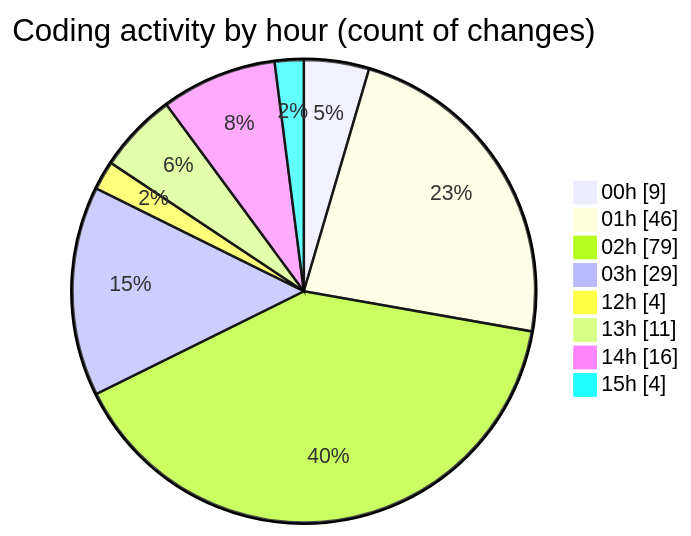
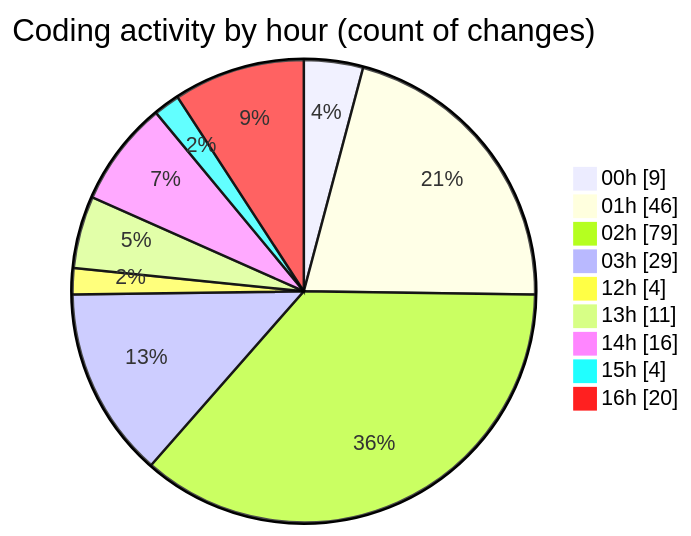
Before and after one commit to julien-gomy/code-tracking: the second of 2 diagrams in 2025-11-18/eventscop-frontend-guide__workspace_/README.md, drawn with Mermaid. The commit also changed other lines of this file and 1 other file, not shown here.

````diff
--- a/2025-11-18/eventscop-frontend-guide__workspace_/README.md
+++ b/2025-11-18/eventscop-frontend-guide__workspace_/README.md
@@ -77,12 +78,13 @@
 ```mermaid
 pie showData
 title Coding activity by hour (count of changes)
 "00h" : 9
 "01h" : 46
 "02h" : 79
 "03h" : 29
 "12h" : 4
 "13h" : 11
 "14h" : 16
 "15h" : 4
+"16h" : 20
 ```
````
